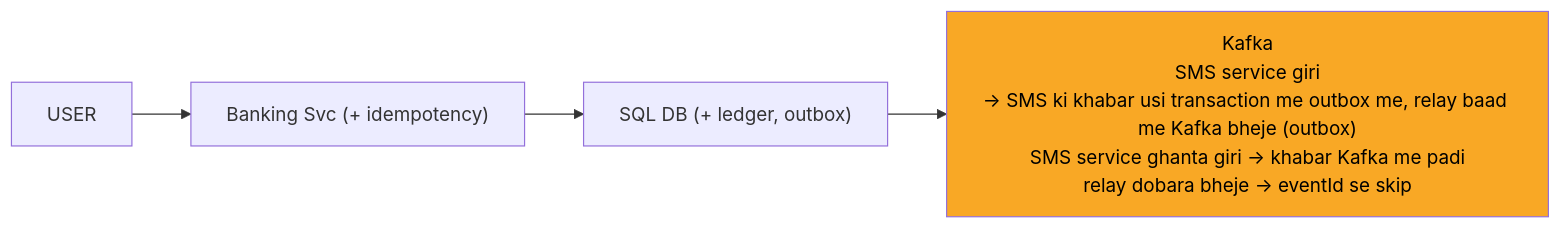
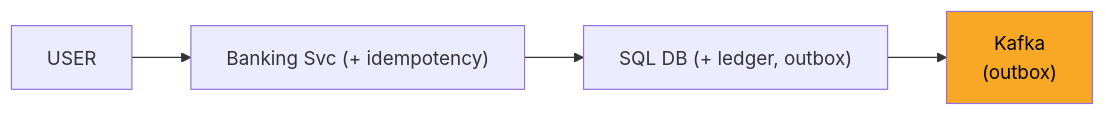
One commit to ArpanMaheshwari144/Prep changed the diagram in 04_HLD/SYSTEM_DESIGNS/13_banking_system/img/c5.mmd. Above: the diagram before and after it, drawn with Mermaid. The commit also changed 46 other files, not shown here.

```diff
--- a/04_HLD/SYSTEM_DESIGNS/13_banking_system/img/c5.mmd
+++ b/04_HLD/SYSTEM_DESIGNS/13_banking_system/img/c5.mmd
@@ -1,10 +1,10 @@
 %%{init: {"flowchart": {"wrappingWidth": 450}}}%%
 flowchart LR
     n_USER["USER"]
     n_SVC["Banking Svc (+ idempotency)"]
     n_DB["SQL DB (+ ledger, outbox)"]
-    n_K["Kafka<br/>SMS service giri<br/>-> SMS ki khabar usi transaction me outbox me, relay baad me Kafka bheje (outbox)<br/>SMS service ghanta giri -> khabar Kafka me padi<br/>relay dobara bheje -> eventId se skip"]
+    n_K["Kafka<br/>(outbox)"]
     n_USER --> n_SVC
     n_SVC --> n_DB
     n_DB --> n_K
     style n_K fill:#f9a825,color:#000
```
